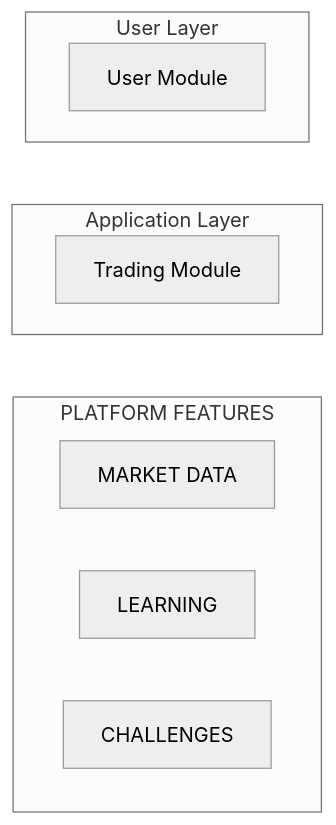
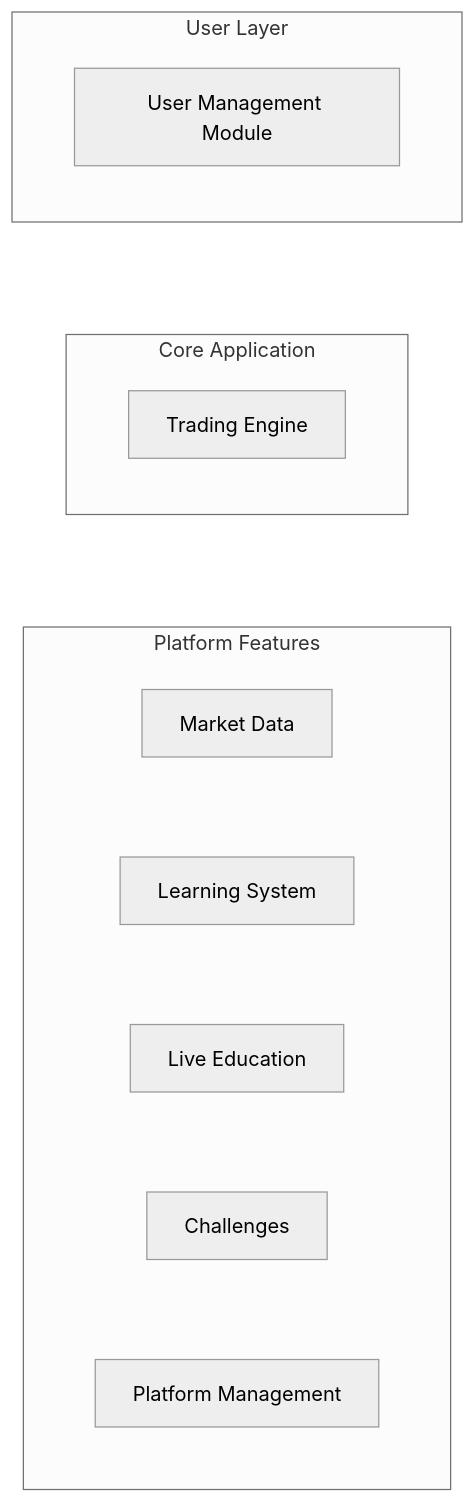
Before and after one commit to IIIT-Sricity-FSD-2024-2028/33_IndAI: the first of 6 diagrams in DataBase/schema_structure1(not final)).md, drawn with Mermaid (neutral theme).

Commit message:
Update schema_structure1(not final)).md

````diff
--- a/DataBase/schema_structure1(not final)).md
+++ b/DataBase/schema_structure1(not final)).md
@@ -6,25 +5,28 @@
 ```mermaid
+%%{init: {'flowchart': {'nodeSpacing': 80, 'rankSpacing': 90}} }%%
 flowchart TB
 classDef invisible stroke-width:0px,fill:none;
 
 subgraph USER_LAYER["User Layer"]
-A[User Module]
+A[User Management Module]
 end
 
-subgraph APPLICATION_LAYER["Application Layer"]
-B[Trading Module]
+subgraph CORE_LAYER["Core Application"]
+B[Trading Engine]
 end
 
-subgraph PF[PLATFORM FEATURES]
+subgraph PLATFORM_FEATURES["Platform Features"]
 direction LR
-C[MARKET DATA]
-D[LEARNING]
-E[CHALLENGES]
+C[Market Data]
+D[Learning System]
+E[Live Education]
+F[Challenges]
+G[Platform Management]
 end
 
 A --- B
-B --- D
+B --- E
 
 linkStyle 0 stroke-width:0px
 linkStyle 1 stroke-width:0px
 ```
````
